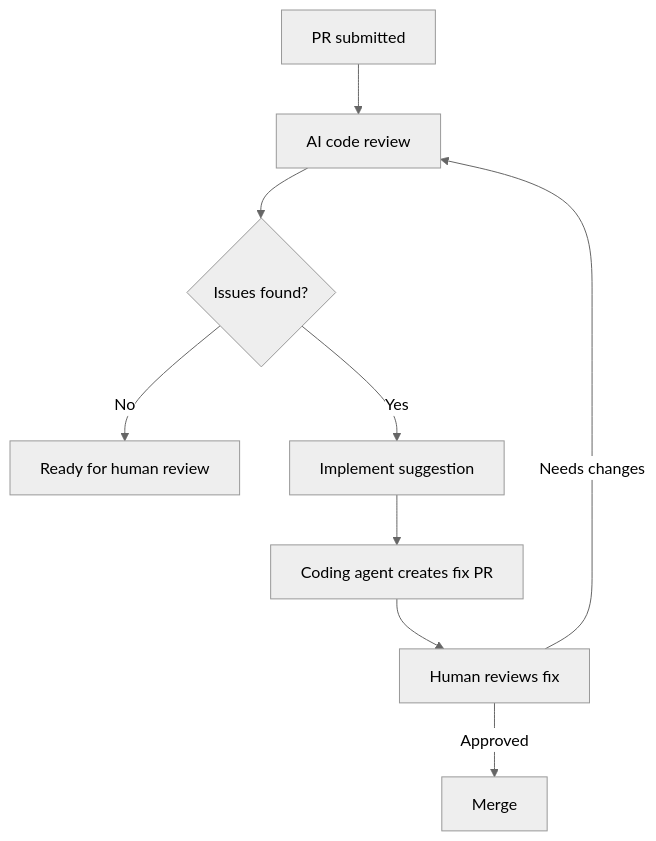
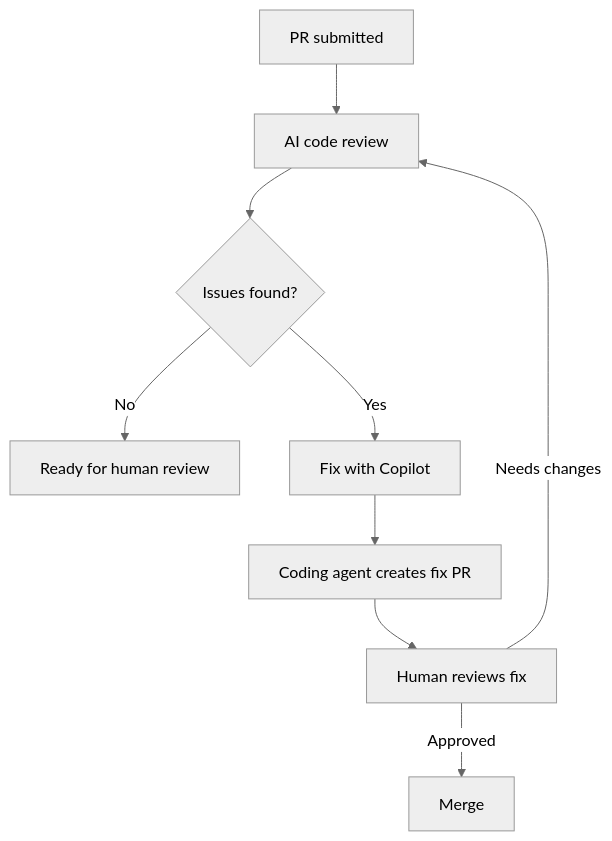
The diagram in code-review/review-then-implement-loop.md (agentpatterns-ai/website), drawn with Mermaid (neutral theme) before and after one commit. The commit also changed other lines of this file and 708 other files, not shown here.

````diff
--- a/code-review/review-then-implement-loop.md
+++ b/code-review/review-then-implement-loop.md
@@ -27,11 +27,11 @@
 ```mermaid
 graph TD
     A[PR submitted] --> B[AI code review]
     B --> C{Issues found?}
     C -->|No| D[Ready for human review]
-    C -->|Yes| E[Implement suggestion]
+    C -->|Yes| E[Fix with Copilot]
     E --> F[Coding agent creates fix PR]
     F --> G[Human reviews fix]
     G -->|Approved| H[Merge]
     G -->|Needs changes| B
 ```
````
